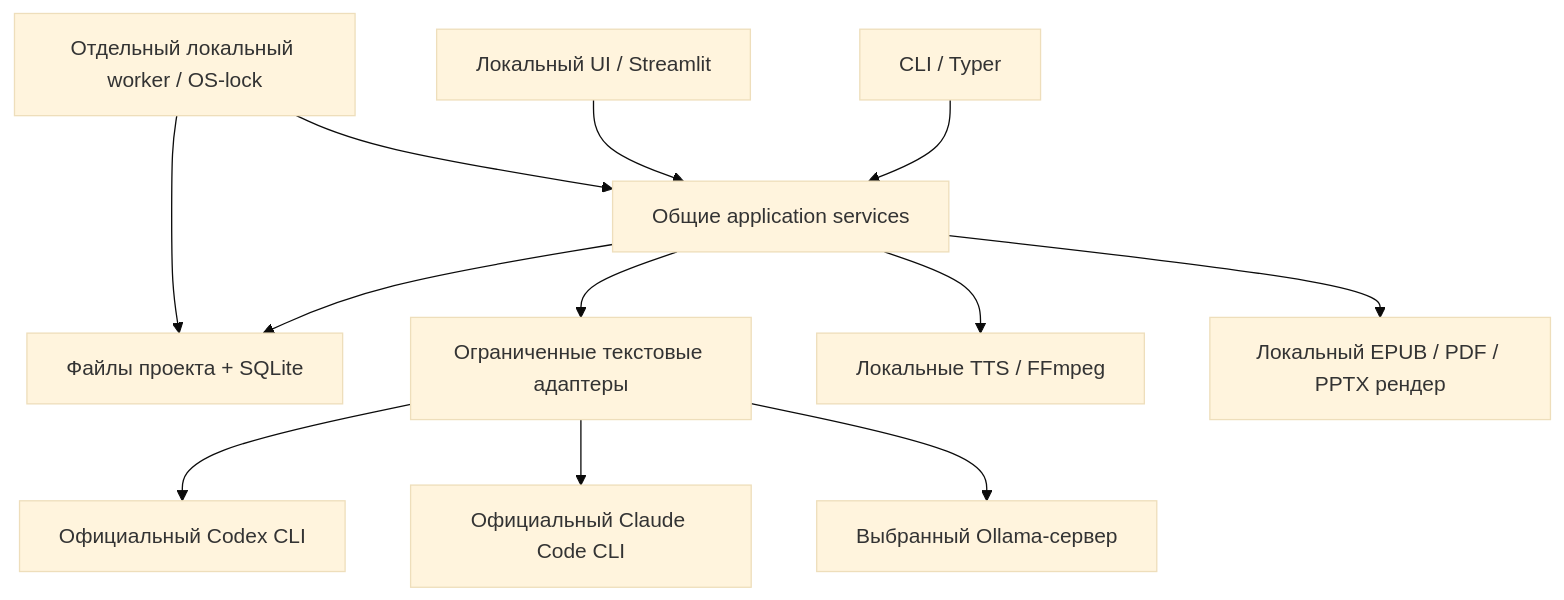
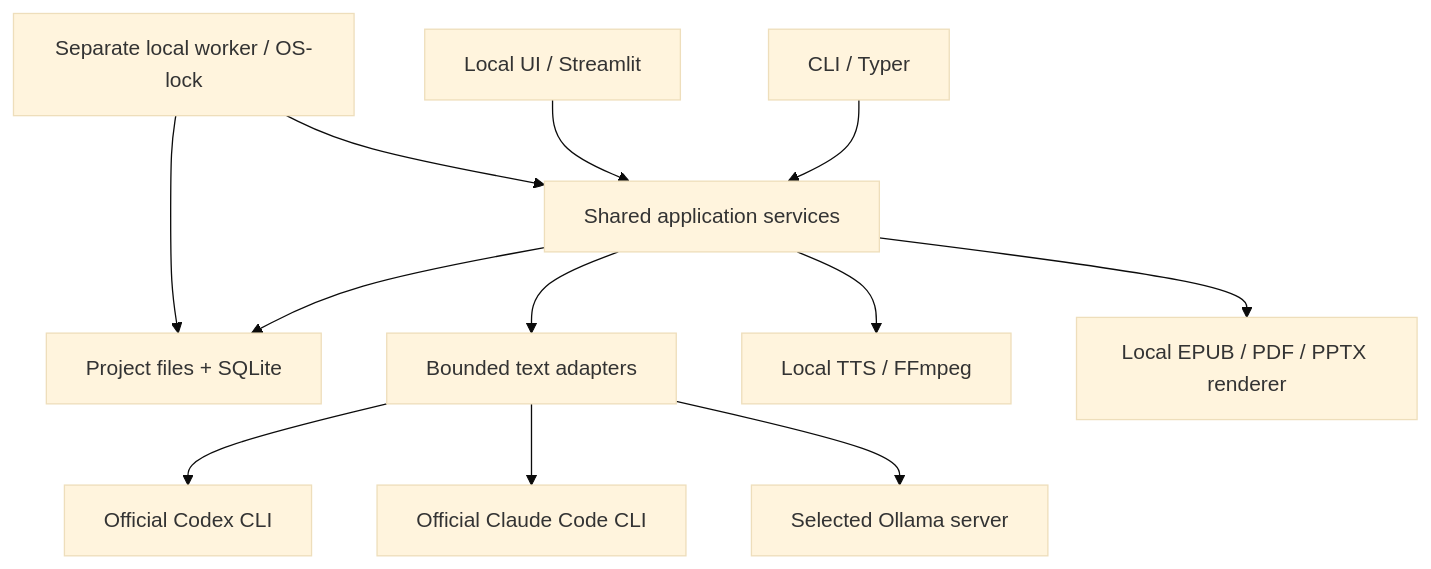
One commit to emetsds/brofessor changed the diagram in docs/specification.md. Above: the diagram before and after it, drawn with Mermaid (base theme). The commit also changed other lines of this file and 79 other files, not shown here.

````diff
--- a/docs/specification.md
+++ b/docs/specification.md
@@ -72,14 +72,14 @@
 ```mermaid
 flowchart TD
-    CLI[CLI / Typer] --> APP[Общие application services]
-    UI[Локальный UI / Streamlit] --> APP
-    APP --> STORE[Файлы проекта + SQLite]
-    WORKER[Отдельный локальный worker / OS-lock] --> STORE
+    CLI[CLI / Typer] --> APP[Shared application services]
+    UI[Local UI / Streamlit] --> APP
+    APP --> STORE[Project files + SQLite]
+    WORKER[Separate local worker / OS-lock] --> STORE
     WORKER --> APP
-    APP --> TEXT[Ограниченные текстовые адаптеры]
-    TEXT --> CODEX[Официальный Codex CLI]
-    TEXT --> CLAUDE[Официальный Claude Code CLI]
-    TEXT --> OLLAMA[Выбранный Ollama-сервер]
-    APP --> AUDIO[Локальные TTS / FFmpeg]
-    APP --> FILES[Локальный EPUB / PDF / PPTX рендер]
+    APP --> TEXT[Bounded text adapters]
+    TEXT --> CODEX[Official Codex CLI]
+    TEXT --> CLAUDE[Official Claude Code CLI]
+    TEXT --> OLLAMA[Selected Ollama server]
+    APP --> AUDIO[Local TTS / FFmpeg]
+    APP --> FILES[Local EPUB / PDF / PPTX renderer]
 ```
````
